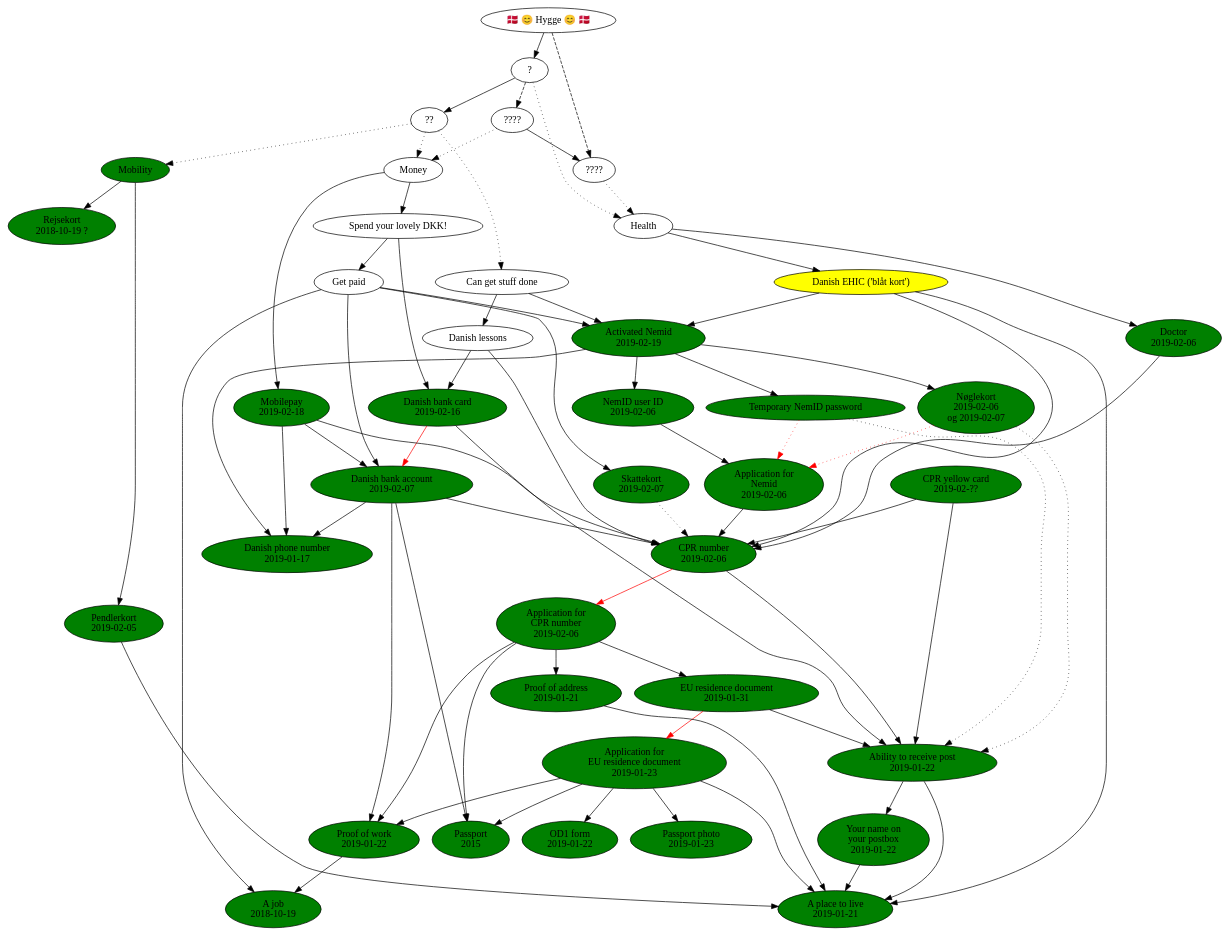
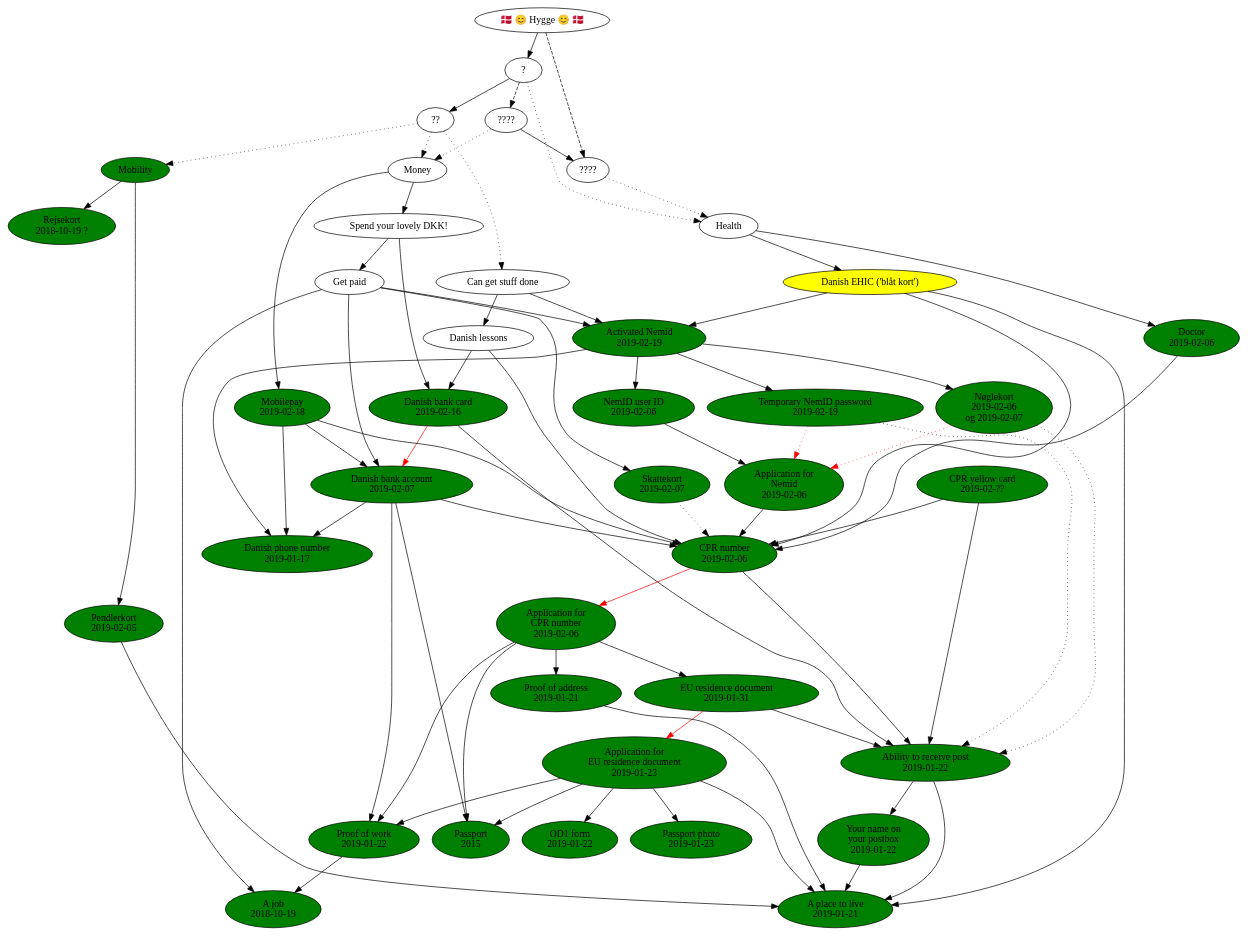
One commit to NoahBohme/emigrerer-til-danmark changed the diagram in flytter-til-danmark.dot. Above: the diagram before and after it, drawn with Graphviz. The commit also changed 2 other files, not shown here.

Commit message:
Tilføj dato til "midlertidlig nemid adgangskode"

```diff
--- a/flytter-til-danmark.dot
+++ b/flytter-til-danmark.dot
@@ -1,142 +1,142 @@
 digraph g {
   job [ label="A job\n2018-10-19" style=filled fillcolor=green ]
   proof_of_work [ label="Proof of work\n2019-01-22" style=filled fillcolor=green ]
   proof_of_work -> job
 
   passport [ label="Passport\n2015" style=filled fillcolor=green ]
 
   danish_phone_number [ label="Danish phone number\n2019-01-17" style=filled fillcolor=green ]
   rejsekort [ label="Rejsekort\n2018-10-19 ?" style=filled fillcolor=green ]
 
   place_to_live [ label="A place to live\n2019-01-21" style=filled fillcolor=green ]
 
   name_on_postbox [ label="Your name on\nyour postbox\n2019-01-22" style=filled fillcolor=green ]
   name_on_postbox -> place_to_live
 
   can_receive_post [ label="Ability to receive post\n2019-01-22" style=filled fillcolor=green ]
   can_receive_post -> place_to_live
   can_receive_post -> name_on_postbox
 
   pendlerkort [ label="Pendlerkort\n2019-02-05" style=filled fillcolor=green ]
   pendlerkort -> place_to_live
 
   eu_residence_document_application [ label="Application for\nEU residence document\n2019-01-23" style=filled fillcolor=green ]
   eu_residence_document_application -> place_to_live
   eu_residence_document_application -> proof_of_work
   eu_residence_document_application -> passport
   eu_residence_document_application -> od1_form
   od1_form [ label="OD1 form\n2019-01-22" style=filled fillcolor=green ]
   passport_photo [ label="Passport photo\n2019-01-23" style=filled fillcolor=green ]
   eu_residence_document_application -> passport_photo
 
   eu_residence_document [ label="EU residence document\n2019-01-31" style=filled fillcolor=green ]
   eu_residence_document -> eu_residence_document_application [ color="red" ]
   eu_residence_document -> can_receive_post
 
   cpr_number_application [ label="Application for\nCPR number\n2019-02-06" style=filled fillcolor=green ]
   cpr_number_application -> eu_residence_document
   cpr_number_application -> proof_of_work
   cpr_number_application -> proof_of_address
   cpr_number_application -> passport
 
   cpr_number [ label="CPR number\n2019-02-06" style=filled fillcolor=green ]
   cpr_number -> cpr_number_application [ color="red" ]
   cpr_number -> can_receive_post
   cpr_card [ label="CPR yellow card\n2019-02-??" style=filled fillcolor=green ]
   cpr_card -> cpr_number
   cpr_card -> can_receive_post
 
   proof_of_address [ label="Proof of address\n2019-01-21" style=filled fillcolor=green ]
   proof_of_address -> place_to_live
 
   skattekort [ label="Skattekort\n2019-02-07" style=filled fillcolor=green ]
   skattekort -> cpr_number [ style="dotted" ]
 
   nemid_application [ label="Application for\nNemid\n2019-02-06" style=filled fillcolor=green ]
   nemid_application -> cpr_number
   nemid_userid [ label="NemID user ID\n2019-02-06" style=filled fillcolor=green ]
   nemid_userid -> nemid_application
 
   danish_bank_account [ label="Danish bank account\n2019-02-07" style=filled fillcolor=green ]
   danish_bank_account -> cpr_number
   danish_bank_account -> proof_of_work
   danish_bank_account -> passport
   danish_bank_account -> danish_phone_number
 
   activated_nemid [ label="Activated Nemid\n2019-02-19" style=filled fillcolor=green ]
   activated_nemid -> nemid_userid
   activated_nemid -> danish_phone_number
   noglekort [ label="Nøglekort\n2019-02-06\nog 2019-02-07" style=filled fillcolor=green ]
-  midlertidlig_nemid_adgangskode [ label="Temporary NemID password" style=filled fillcolor=green ]
+  midlertidlig_nemid_adgangskode [ label="Temporary NemID password\n2019-02-19" style=filled fillcolor=green ]
   activated_nemid -> noglekort
   activated_nemid -> midlertidlig_nemid_adgangskode
   noglekort -> nemid_application [ style="dotted" color="red" ]
   midlertidlig_nemid_adgangskode -> nemid_application [ style="dotted" color="red" ]
   noglekort -> can_receive_post [ style="dotted" ]
   midlertidlig_nemid_adgangskode -> can_receive_post [ style="dotted" ]
 
   ehic [ label="Danish EHIC ('blåt kort')" style=filled fillcolor=yellow ]
   ehic -> cpr_number
   ehic -> activated_nemid
   ehic -> place_to_live
 
   doctor [ label="Doctor\n2019-02-06" style=filled fillcolor=green ]
   doctor -> cpr_number
 
   get_paid [ label="Get paid" ]
   get_paid -> job
   get_paid -> skattekort
   get_paid -> danish_bank_account
   get_paid -> activated_nemid
 
   danish_lessions [ label="Danish lessons" ]
   danish_lessions -> cpr_number
   danish_lessions -> danish_bank_card
 
   danish_bank_card [ label="Danish bank card\n2019-02-16" style=filled fillcolor=green ]
   danish_bank_card -> danish_bank_account [ color="red" ]
   danish_bank_card -> can_receive_post
 
   spend_lovely_dkk [ label="Spend your lovely DKK!" ]
   spend_lovely_dkk -> get_paid
   spend_lovely_dkk -> danish_bank_card
 
   mobilepay [ label="Mobilepay\n2019-02-18" style=filled fillcolor=green ]
   mobilepay -> cpr_number
   mobilepay -> danish_phone_number
   mobilepay -> danish_bank_account
 
   // Det endeligt mål
   hygge [ label="🇩🇰 😊 Hygge 😊 🇩🇰" ]
   // Deliberately vague so as not to imply that (a) hygge has a formula, or
   // (b) it depends on any of the named things
   hygge -> magi4 [ style=dashed ]
   hygge -> magi1
   magi1 [ label="?" ]
   magi4 [ label="????" ]
   magi2 [ label="??" ]
   magi3 [ label="????" ]
   magi3 -> magi4
   magi1 -> magi2
   magi1 -> magi3 [ style=dashed ]
 
   magi1 -> helbred [ style=dotted ]
   magi2 -> penge [ style=dotted ]
 
   magi4 -> helbred [ style=dotted ]
   helbred [ label="Health" ]
   helbred -> doctor
   helbred -> ehic
   magi3 -> penge [ style=dotted ]
   penge [ label="Money" ]
   penge -> spend_lovely_dkk
   penge -> mobilepay
   magi2 -> rejser [ style=dotted ]
   rejser [ label="Mobility" style=filled fillcolor=green ]
   rejser -> pendlerkort
   rejser -> rejsekort
   magi2 -> faa_ting_gjort [ style=dotted ]
   faa_ting_gjort [ label="Can get stuff done" ]
   faa_ting_gjort -> activated_nemid
   faa_ting_gjort -> danish_lessions
 }
```
